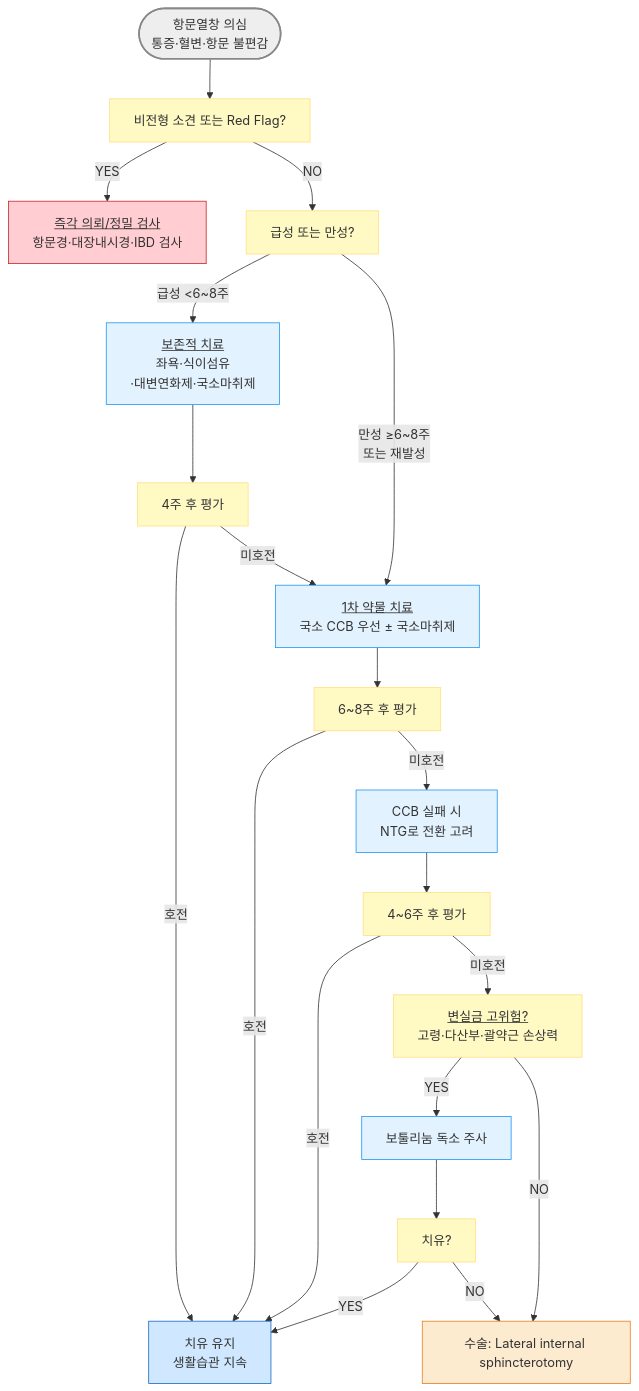
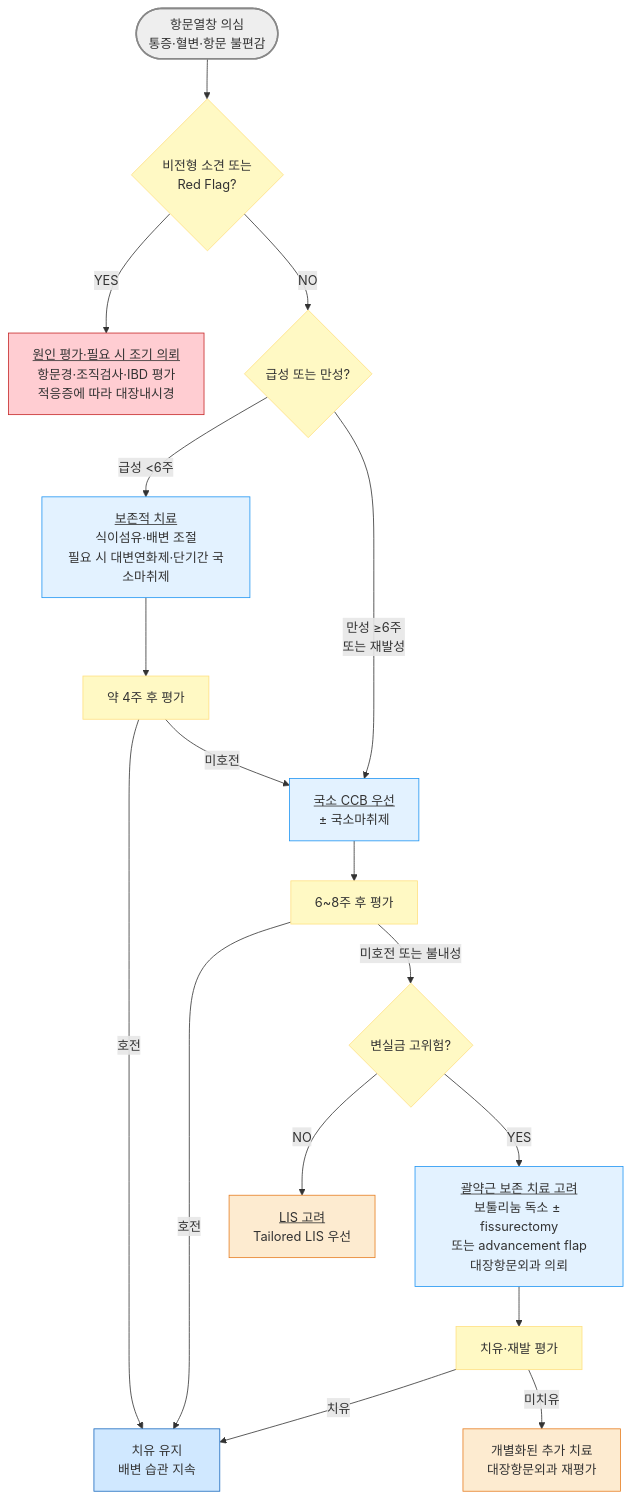
Before and after one commit to familyoh77/familyoh77: the diagram in 224_/090_-anal-fissure.md, drawn with Mermaid. The commit also changed other lines of this file and 4 other files, not shown here.

````diff
--- a/224_/090_-anal-fissure.md
+++ b/224_/090_-anal-fissure.md
@@ -90,30 +91,28 @@
 ```mermaid
 graph TD
-    A([항문열창 의심<br/>통증·혈변·항문 불편감]) --> B[비전형 소견 또는 Red Flag?]
-    B -- YES --> C[<u>즉각 의뢰/정밀 검사</u><br/>항문경·대장내시경·IBD 검사]
-    B -- NO --> D[급성 또는 만성?]
-    D -- "급성 <6~8주" --> E[<u>보존적 치료</u><br/>좌욕·식이섬유<br/>·대변연화제·국소마취제]
-    D -- "만성 ≥6~8주 <br/>또는 재발성" --> G
-    E --> F[4주 후 평가]
-    F -- 호전 --> Z[치유 유지<br/>생활습관 지속]
-    F -- 미호전 --> G[<u>1차 약물 치료</u><br/>국소 CCB 우선 ± 국소마취제]
+    A([항문열창 의심<br/>통증·혈변·항문 불편감]) --> B{비전형 소견 또는<br/>Red Flag?}
+    B -- YES --> C[<u>원인 평가·필요 시 조기 의뢰</u><br/>항문경·조직검사·IBD 평가<br/>적응증에 따라 대장내시경]
+    B -- NO --> D{급성 또는 만성?}
+    D -- "급성 <6주" --> E[<u>보존적 치료</u><br/>식이섬유·배변 조절<br/>필요 시 대변연화제·단기간 국소마취제]
+    D -- "만성 ≥6주<br/>또는 재발성" --> G[<u>국소 CCB 우선</u><br/>± 국소마취제]
+    E --> F[약 4주 후 평가]
+    F -- 호전 --> Z[치유 유지<br/>배변 습관 지속]
+    F -- 미호전 --> G
     G --> H[6~8주 후 평가]
     H -- 호전 --> Z
-    H -- 미호전 --> G2[CCB 실패 시 <br/>NTG로 전환 고려]
-    G2 --> H2[4~6주 후 평가]
-    H2 -- 호전 --> Z
-    H2 -- 미호전 --> I[<u>변실금 고위험?</u><br/>고령·다산부·괄약근 손상력]
-    I -- "YES" --> J[보툴리눔 독소 주사]
-    I -- NO --> K[수술: Lateral internal sphincterotomy]
-    J --> L[치유?]
-    L -- YES --> Z
-    L -- NO --> K
+    H -- 미호전 또는 불내성 --> I{변실금 고위험?}
+    I -- NO --> K[<u>LIS 고려</u><br/>Tailored LIS 우선]
+    I -- YES --> J[<u>괄약근 보존 치료 고려</u><br/>보툴리눔 독소 ± fissurectomy<br/>또는 advancement flap<br/>대장항문외과 의뢰]
+    J --> L[치유·재발 평가]
+    L -- 치유 --> Z
+    L -- 미치유 --> M[개별화된 추가 치료<br/>대장항문외과 재평가]
     style A fill:#eeeeee,stroke:#888888,stroke-width:2px
     classDef yellow fill:#fff9c4,stroke:#ffe082
-    class B,D,I,F,H,H2,L yellow
+    class B,D,F,H,I,L yellow
     style C fill:#ffcdd2,stroke:#c62828
     classDef sky fill:#e3f2ff,stroke:#2196f3
-    class E,G,G2,J sky
+    class E,G,J sky
     style Z fill:#d0e8ff,stroke:#1a6abf
     style K fill:#fdebd0,stroke:#e67e22
+    style M fill:#fdebd0,stroke:#e67e22
 ```
````
